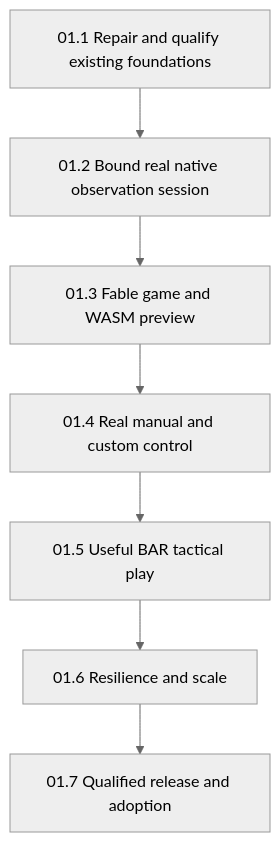
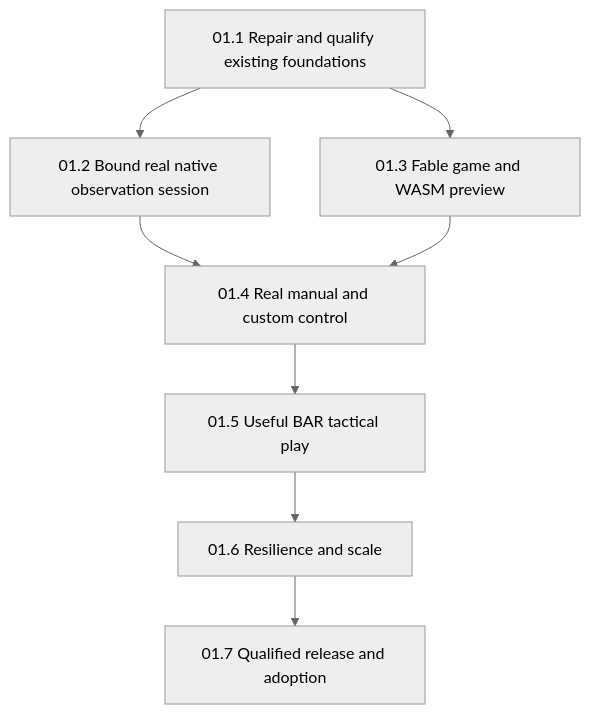
One commit to FS-GG/.github changed the second of 2 diagrams in docs/2026-09-08-134900-fable-bar-wasm-client-design-roadmap.md. Above: the diagram before and after it, drawn with Mermaid (neutral theme). The commit also changed other lines of this file, not shown here.

````diff
--- a/docs/2026-09-08-134900-fable-bar-wasm-client-design-roadmap.md
+++ b/docs/2026-09-08-134900-fable-bar-wasm-client-design-roadmap.md
@@ -923,11 +935,15 @@
 ```mermaid
 flowchart TD
     A[01.1 Repair and qualify existing foundations]
     B[01.2 Bound real native observation session]
     C[01.3 Fable game and WASM preview]
     D[01.4 Real manual and custom control]
     E[01.5 Useful BAR tactical play]
     F[01.6 Resilience and scale]
     G[01.7 Qualified release and adoption]
-    A --> B --> C --> D --> E --> F --> G
+    A --> B
+    A --> C
+    B --> D
+    C --> D
+    D --> E --> F --> G
 ```
````
